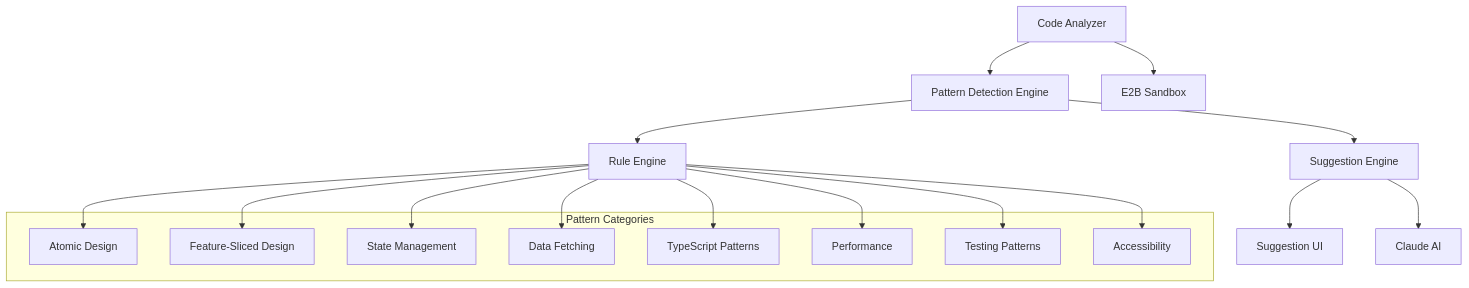
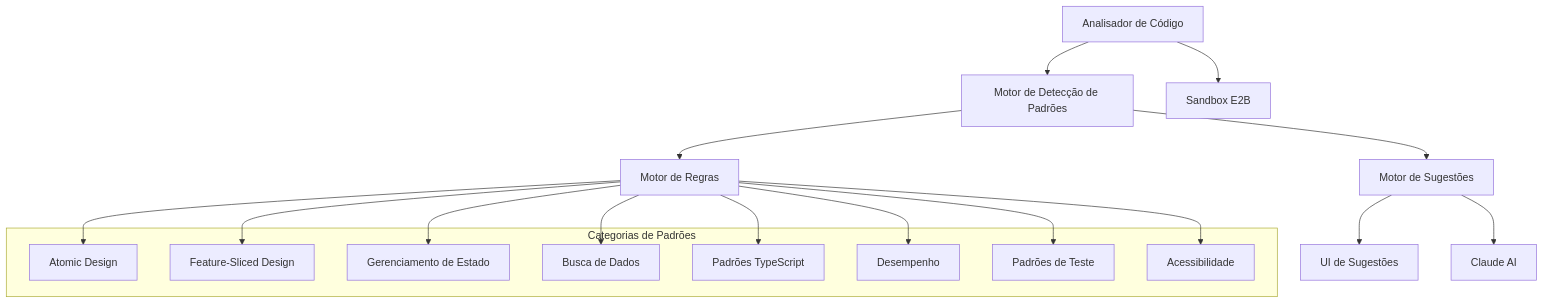
Before and after one commit to gumiranda/crazynator: the diagram in specs/code-patterns-suggestions/design.md, drawn with Mermaid. The commit also changed other lines of this file and 9 other files, not shown here.

````diff
--- a/specs/code-patterns-suggestions/design.md
+++ b/specs/code-patterns-suggestions/design.md
@@ -13,30 +13,30 @@
 ```mermaid
 graph TB
-    CodeAnalyzer[Code Analyzer] --> PatternEngine[Pattern Detection Engine]
-    PatternEngine --> SuggestionEngine[Suggestion Engine]
-    SuggestionEngine --> UI[Suggestion UI]
+    AnalisadorCodigo[Analisador de Código] --> MotorPadroes[Motor de Detecção de Padrões]
+    MotorPadroes --> MotorSugestoes[Motor de Sugestões]
+    MotorSugestoes --> UI[UI de Sugestões]
 
-    CodeAnalyzer --> Sandbox[E2B Sandbox]
-    PatternEngine --> RuleEngine[Rule Engine]
-    SuggestionEngine --> AI[Claude AI]
+    AnalisadorCodigo --> Sandbox[Sandbox E2B]
+    MotorPadroes --> MotorRegras[Motor de Regras]
+    MotorSugestoes --> IA[Claude AI]
 
-    subgraph "Pattern Categories"
+    subgraph "Categorias de Padrões"
         Atomic[Atomic Design]
         FSD[Feature-Sliced Design]
-        StateManagement[State Management]
-        DataFetching[Data Fetching]
-        TypeScript[TypeScript Patterns]
-        Performance[Performance]
-        Testing[Testing Patterns]
-        A11y[Accessibility]
+        GerenciamentoEstado[Gerenciamento de Estado]
+        BuscaDados[Busca de Dados]
+        PadroesTypeScript[Padrões TypeScript]
+        Desempenho[Desempenho]
+        Testes[Padrões de Teste]
+        A11y[Acessibilidade]
     end
 
-    RuleEngine --> Atomic
-    RuleEngine --> FSD
-    RuleEngine --> StateManagement
-    RuleEngine --> DataFetching
-    RuleEngine --> TypeScript
-    RuleEngine --> Performance
-    RuleEngine --> Testing
-    RuleEngine --> A11y
+    MotorRegras --> Atomic
+    MotorRegras --> FSD
+    MotorRegras --> GerenciamentoEstado
+    MotorRegras --> BuscaDados
+    MotorRegras --> PadroesTypeScript
+    MotorRegras --> Desempenho
+    MotorRegras --> Testes
+    MotorRegras --> A11y
 ```
````
